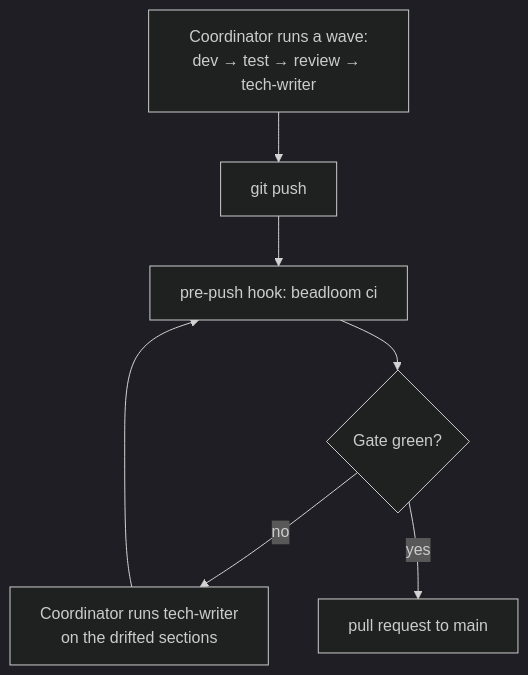
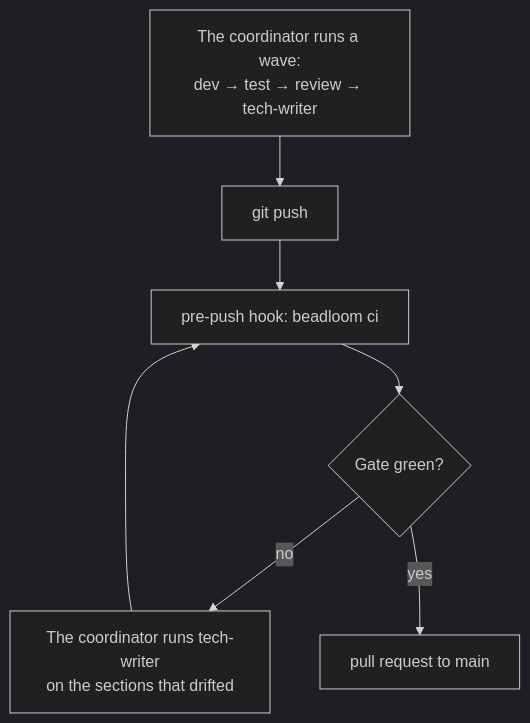
Before and after one commit to zoologov/beadloom: the first of 6 diagrams in docs/guides/multi-agent-development.md, drawn with Mermaid (dark theme). The commit also changed other lines of this file and 4 other files, not shown here.

````diff
--- a/docs/guides/multi-agent-development.md
+++ b/docs/guides/multi-agent-development.md
@@ -107,13 +23,13 @@
 ```mermaid
 flowchart TB
-  WORK["Coordinator runs a wave:<br/>dev → test → review → tech-writer"]
+  WORK["The coordinator runs a wave:<br/>dev → test → review → tech-writer"]
   PUSH["git push"]
   GATE["pre-push hook: beadloom ci"]
   RED{"Gate green?"}
-  FIX["Coordinator runs tech-writer<br/>on the drifted sections"]
+  FIX["The coordinator runs tech-writer<br/>on the sections that drifted"]
   PR["pull request to main"]
 
   WORK --> PUSH --> GATE --> RED
   RED -->|no| FIX --> GATE
   RED -->|yes| PR
 ```
````
